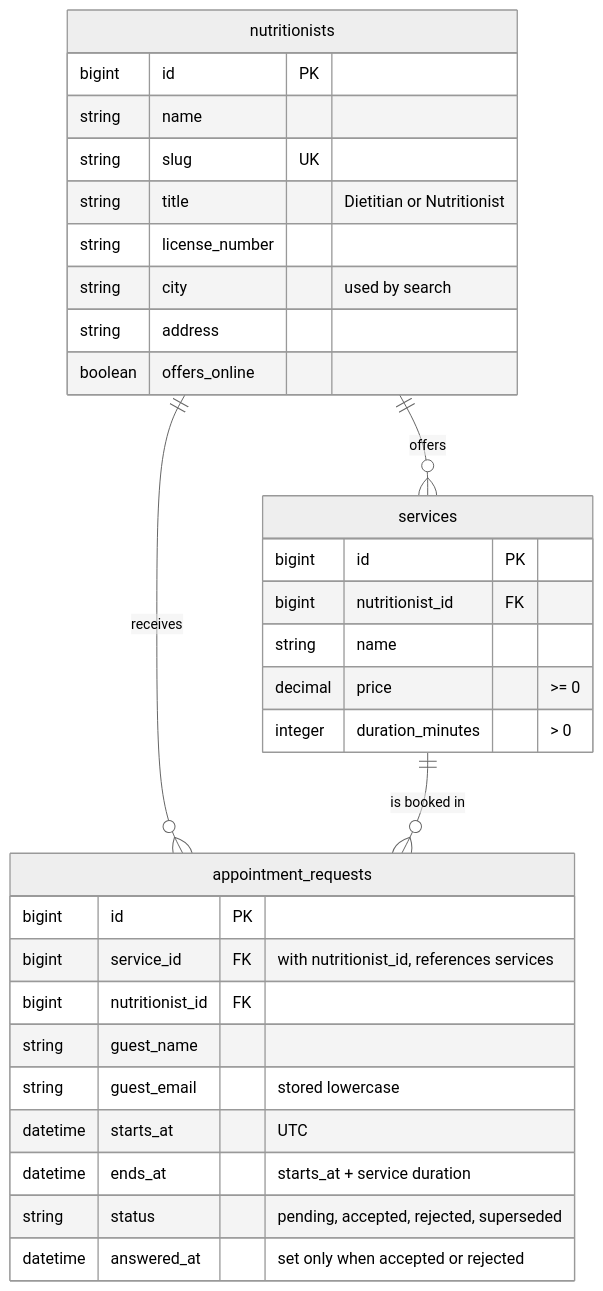
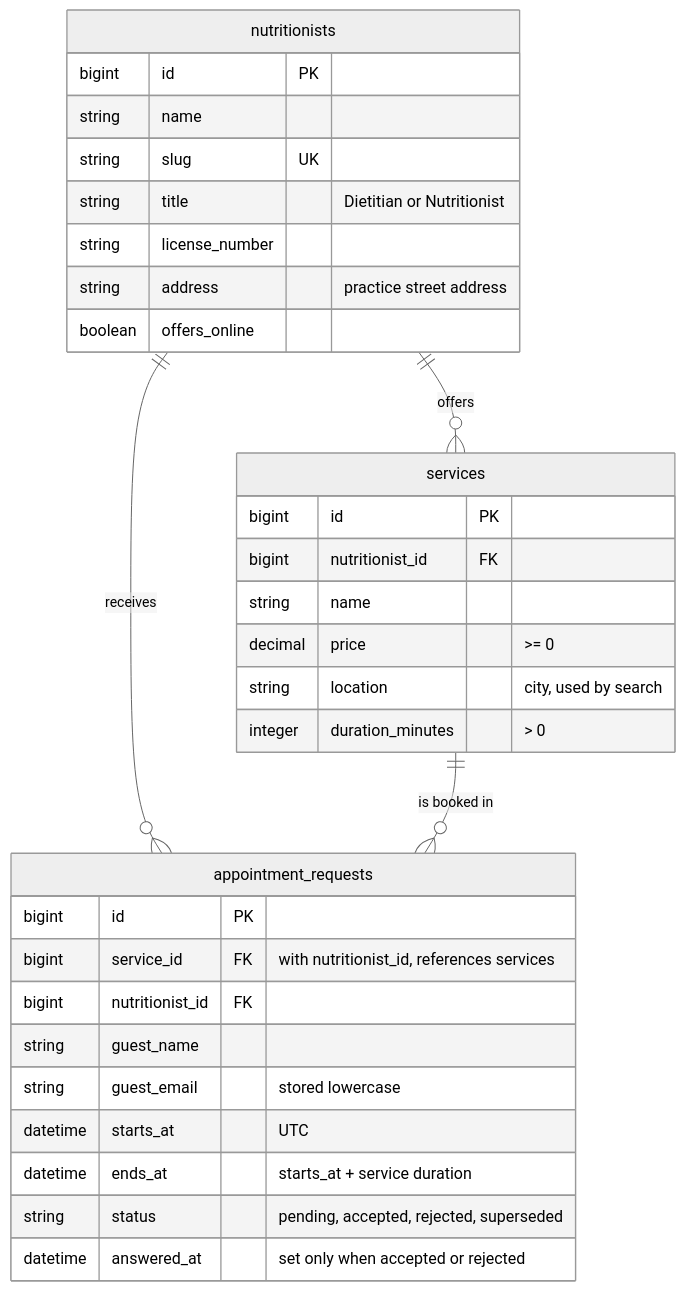
Before and after one commit to rgllm/NutriBook: the diagram in README.md, drawn with Mermaid (neutral theme). The commit also changed other lines of this file and 14 other files, not shown here.

First line of the commit message:
refactor(backend): keep service location, move only address to nutritionists

````diff
--- a/README.md
+++ b/README.md
@@ -64,37 +64,37 @@
 ```mermaid
 erDiagram
     nutritionists ||--o{ services : offers
     nutritionists ||--o{ appointment_requests : receives
     services ||--o{ appointment_requests : "is booked in"
 
     nutritionists {
         bigint id PK
         string name
         string slug UK
         string title "Dietitian or Nutritionist"
         string license_number
-        string city "used by search"
-        string address
+        string address "practice street address"
         boolean offers_online
     }
 
     services {
         bigint id PK
         bigint nutritionist_id FK
         string name
         decimal price ">= 0"
+        string location "city, used by search"
         integer duration_minutes "> 0"
     }
 
     appointment_requests {
         bigint id PK
         bigint service_id FK "with nutritionist_id, references services"
         bigint nutritionist_id FK
         string guest_name
         string guest_email "stored lowercase"
         datetime starts_at "UTC"
         datetime ends_at "starts_at + service duration"
         string status "pending, accepted, rejected, superseded"
         datetime answered_at "set only when accepted or rejected"
     }
 ```
````
